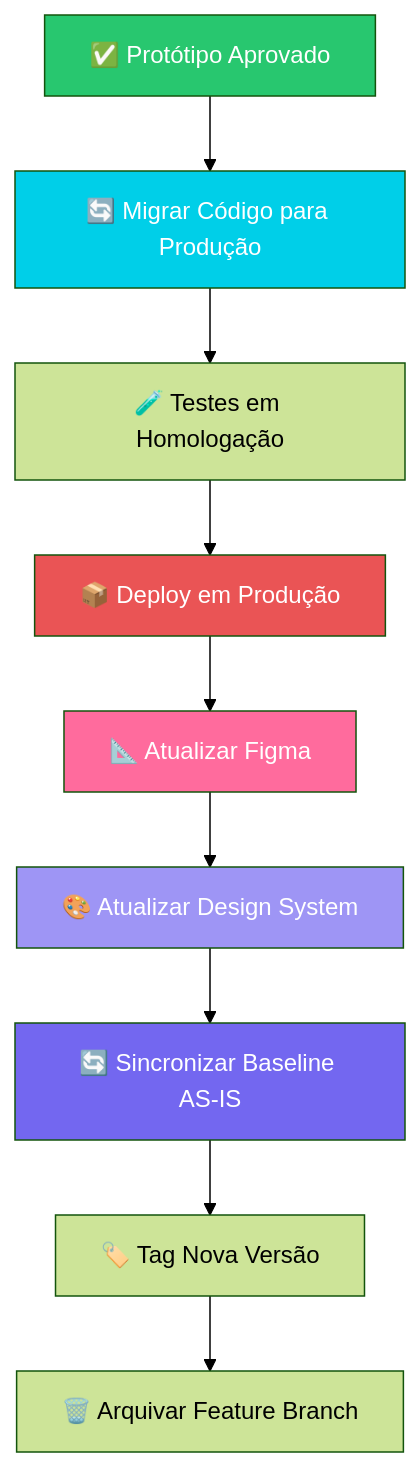
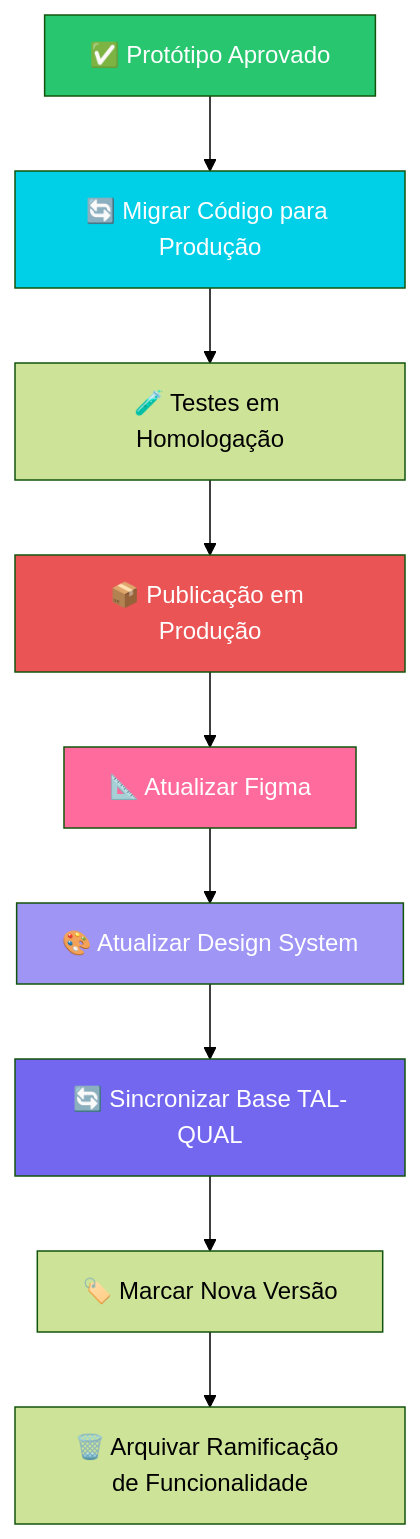
Before and after one commit to fabioeducacross/Ambiente_de_Prototipacao_V5: the fourth of 5 diagrams in documentation/docs/produto/design-process.md, drawn with Mermaid (forest theme). The commit also changed other lines of this file, not shown here.

````diff
--- a/documentation/docs/produto/design-process.md
+++ b/documentation/docs/produto/design-process.md
@@ -270,18 +270,18 @@
 ```mermaid
 graph TD
     A[✅ Protótipo Aprovado] --> B[🔄 Migrar Código para Produção]
     B --> C[🧪 Testes em Homologação]
-    C --> D[📦 Deploy em Produção]
+    C --> D[📦 Publicação em Produção]
     D --> E[📐 Atualizar Figma]
     E --> F[🎨 Atualizar Design System]
-    F --> G[🔄 Sincronizar Baseline AS-IS]
-    G --> H[🏷️ Tag Nova Versão]
-    H --> I[🗑️ Arquivar Feature Branch]
+    F --> G[🔄 Sincronizar Base TAL-QUAL]
+    G --> H[🏷️ Marcar Nova Versão]
+    H --> I[🗑️ Arquivar Ramificação de Funcionalidade]
 
     style A fill:#28C76F,color:#fff
     style B fill:#00CFE8,color:#fff
     style D fill:#EA5455,color:#fff
     style E fill:#FF6B9D,color:#fff
     style F fill:#9E95F5,color:#fff
     style G fill:#7367F0,color:#fff
 ```
````
